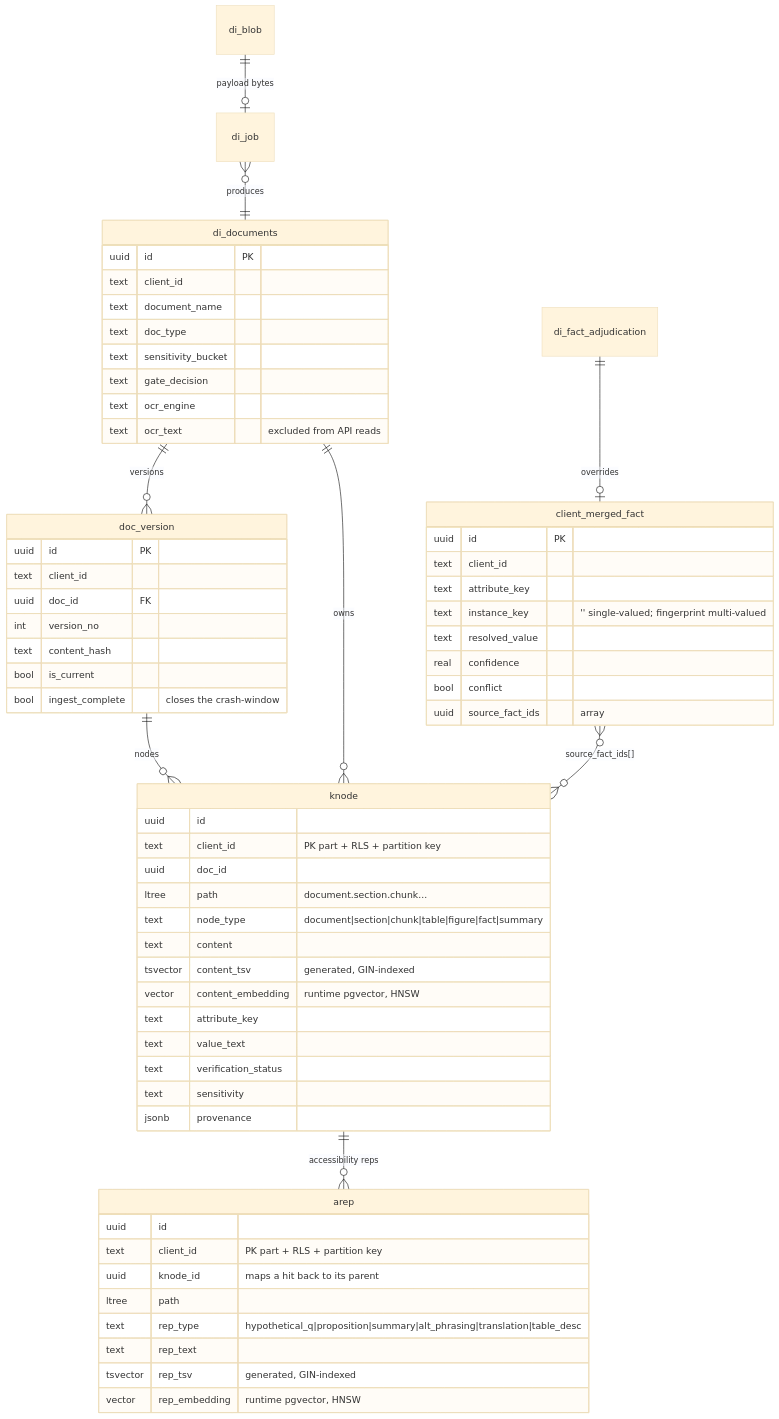
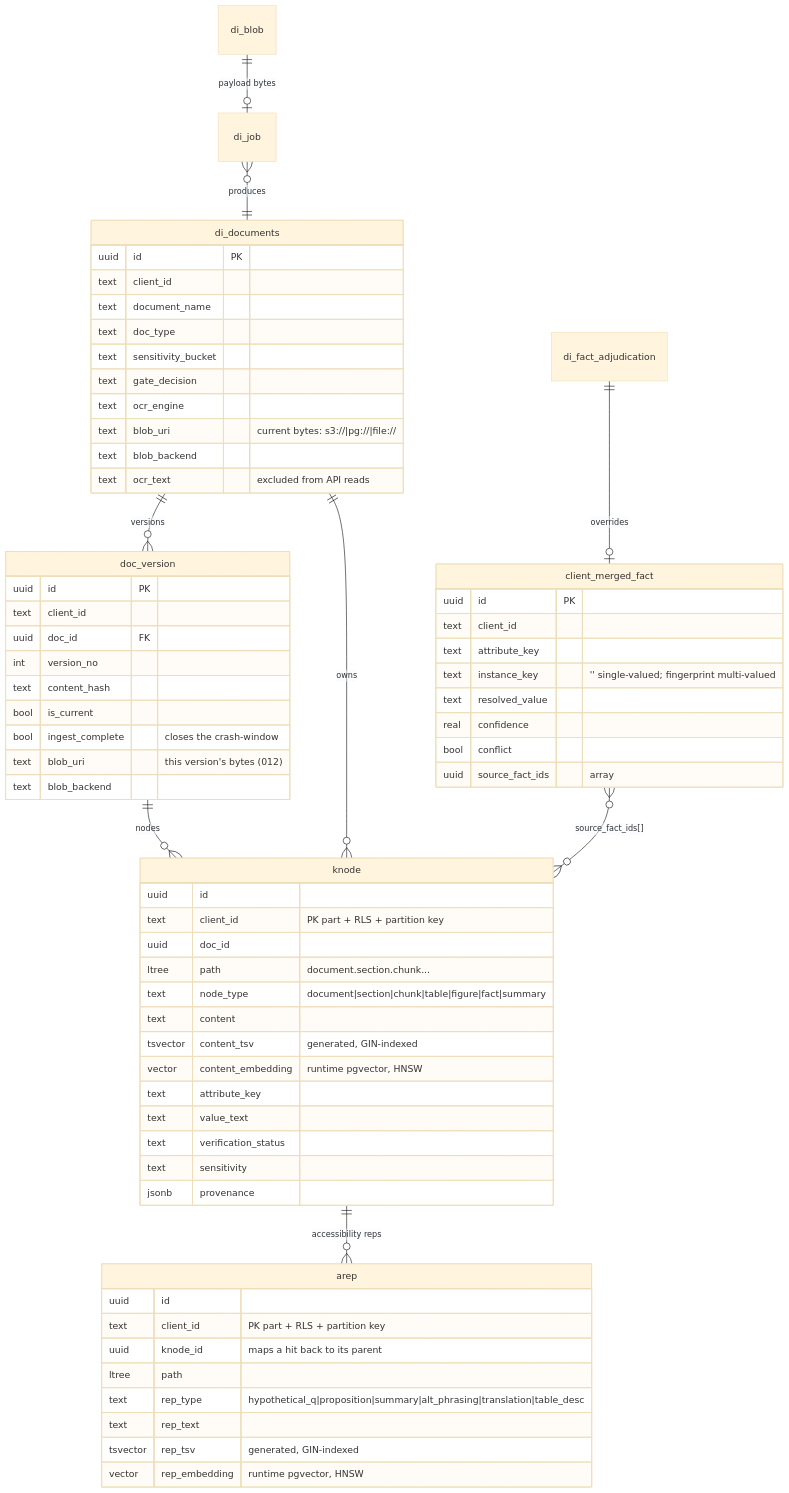
Before and after one commit to NilenduGanguli/document-ai-services: the second of 8 diagrams in docs/architecture/document-intelligence-architecture.md, drawn with Mermaid (base theme). The commit also changed other lines of this file and 10 other files, not shown here.

````diff
--- a/docs/architecture/document-intelligence-architecture.md
+++ b/docs/architecture/document-intelligence-architecture.md
@@ -104,66 +104,70 @@
 ```mermaid
 erDiagram
     di_documents ||--o{ doc_version : "versions"
     doc_version ||--o{ knode : "nodes"
     knode ||--o{ arep : "accessibility reps"
     di_documents ||--o{ knode : "owns"
     client_merged_fact }o--o{ knode : "source_fact_ids[]"
     di_fact_adjudication ||--o| client_merged_fact : "overrides"
     di_job }o--|| di_documents : "produces"
     di_blob ||--o| di_job : "payload bytes"
 
     di_documents {
         uuid id PK
         text client_id
         text document_name
         text doc_type
         text sensitivity_bucket
         text gate_decision
         text ocr_engine
+        text blob_uri "current bytes: s3://|pg://|file://"
+        text blob_backend
         text ocr_text "excluded from API reads"
     }
     doc_version {
         uuid id PK
         text client_id
         uuid doc_id FK
         int version_no
         text content_hash
         bool is_current
         bool ingest_complete "closes the crash-window"
+        text blob_uri "this version's bytes (012)"
+        text blob_backend
     }
     knode {
         uuid id
         text client_id "PK part + RLS + partition key"
         uuid doc_id
         ltree path "document.section.chunk..."
         text node_type "document|section|chunk|table|figure|fact|summary"
         text content
         tsvector content_tsv "generated, GIN-indexed"
         vector content_embedding "runtime pgvector, HNSW"
         text attribute_key
         text value_text
         text verification_status
         text sensitivity
         jsonb provenance
     }
     arep {
         uuid id
         text client_id "PK part + RLS + partition key"
         uuid knode_id "maps a hit back to its parent"
         ltree path
         text rep_type "hypothetical_q|proposition|summary|alt_phrasing|translation|table_desc"
         text rep_text
         tsvector rep_tsv "generated, GIN-indexed"
         vector rep_embedding "runtime pgvector, HNSW"
     }
     client_merged_fact {
         uuid id PK
         text client_id
         text attribute_key
         text instance_key "'' single-valued; fingerprint multi-valued"
         text resolved_value
         real confidence
         bool conflict
         uuid source_fact_ids "array"
     }
 ```
````
